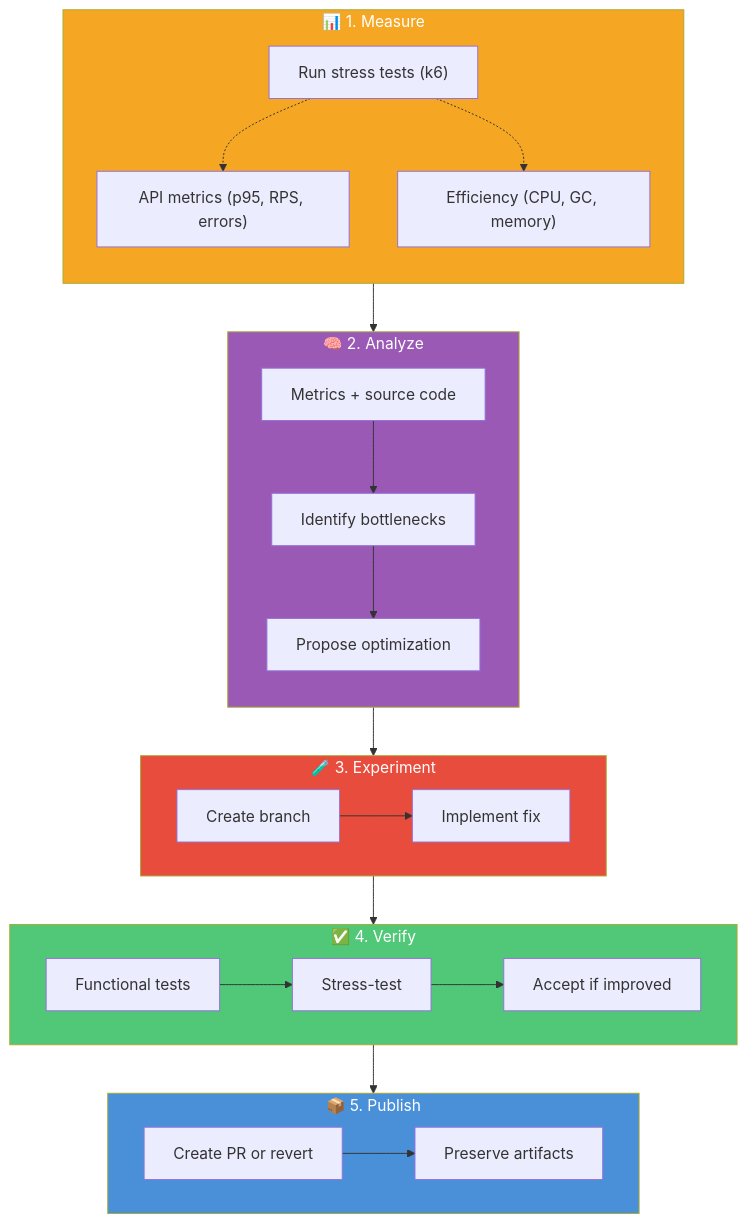
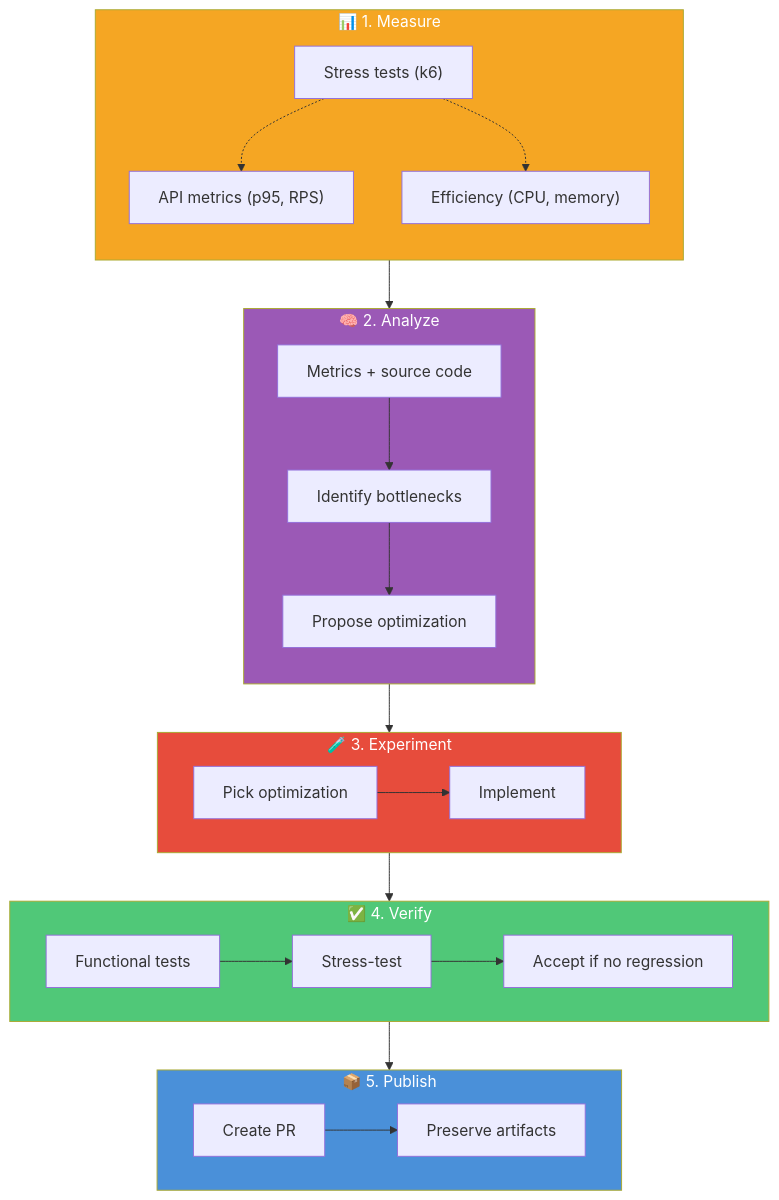
Before and after one commit to J-Bax/Hone: the first of 2 diagrams in docs/architecture.md, drawn with Mermaid. The commit also changed other lines of this file and 27 other files, not shown here.

````diff
--- a/docs/architecture.md
+++ b/docs/architecture.md
@@ -25,39 +25,39 @@
 ```mermaid
 flowchart TD
     subgraph MEASURE["📊 1. Measure"]
         direction TB
-        M1["Run stress tests (k6)"]
-        M1 -.-> M2["API metrics (p95, RPS, errors)"]
-        M1 -.-> M3["Efficiency (CPU, GC, memory)"]
+        M1["Stress tests (k6)"]
+        M1 -.-> M2["API metrics (p95, RPS)"]
+        M1 -.-> M3["Efficiency (CPU, memory)"]
     end
 
     subgraph ANALYZE["🧠 2. Analyze"]
         direction TB
         A1["Metrics + source code"]
         A1 --> A2["Identify bottlenecks"]
         A2 --> A3["Propose optimization"]
     end
 
     subgraph EXPERIMENT["🧪 3. Experiment"]
         direction LR
-        E1["Create branch"] --> E2["Implement fix"]
+        E1["Pick optimization"] --> E2["Implement"]
     end
 
     subgraph VERIFY["✅ 4. Verify"]
         direction LR
-        V1["Functional tests"] --> V2["Stress-test"] --> V3["Accept if improved"]
+        V1["Functional tests"] --> V2["Stress-test"] --> V3["Accept if no regression"]
     end
 
     subgraph PUBLISH["📦 5. Publish"]
         direction LR
-        P1["Create PR or revert"] --> P2["Preserve artifacts"]
+        P1["Create PR"] --> P2["Preserve artifacts"]
     end
 
     MEASURE --> ANALYZE --> EXPERIMENT --> VERIFY --> PUBLISH
 
     style MEASURE fill:#f5a623,color:#fff
     style ANALYZE fill:#9b59b6,color:#fff
     style EXPERIMENT fill:#e74c3c,color:#fff
     style VERIFY fill:#50c878,color:#fff
     style PUBLISH fill:#4a90d9,color:#fff
 ```
````
